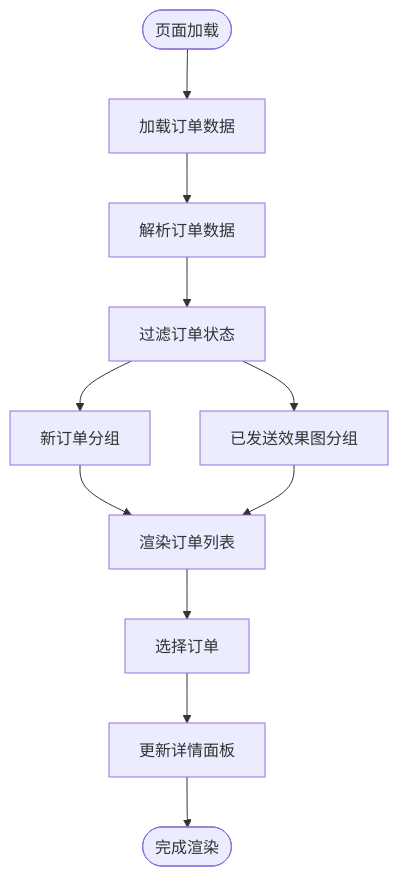
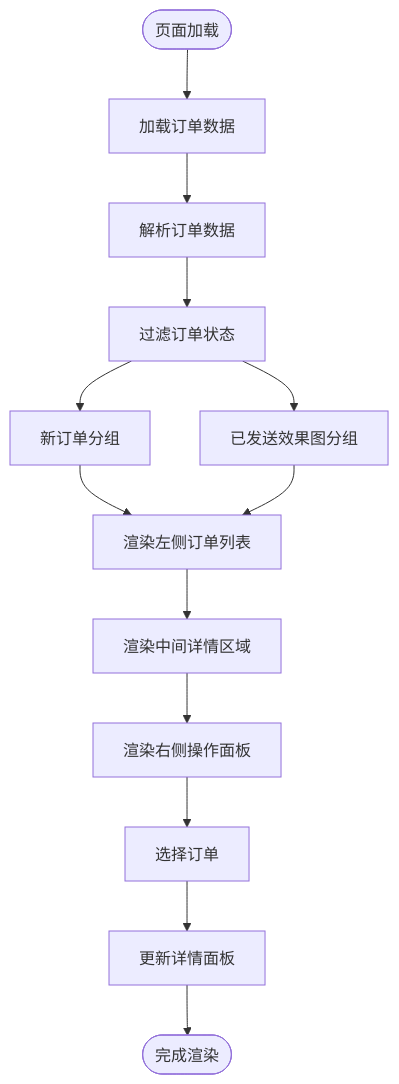
Before and after one commit to SY6621/POD-Order-Management: the fifth of 18 diagrams in .qoder/repowiki/zh/content/开发指南/客服外链左侧栏模板.md, drawn with Mermaid. The commit also changed other lines of this file and 7 other files, not shown here.

````diff
--- a/.qoder/repowiki/zh/content/开发指南/客服外链左侧栏模板.md
+++ b/.qoder/repowiki/zh/content/开发指南/客服外链左侧栏模板.md
@@ -194,13 +197,15 @@
 ```mermaid
 flowchart TD
 Start([页面加载]) --> LoadData[加载订单数据]
 LoadData --> ParseData[解析订单数据]
 ParseData --> FilterOrders[过滤订单状态]
 FilterOrders --> NewOrders[新订单分组]
 FilterOrders --> SentOrders[已发送效果图分组]
-NewOrders --> RenderList[渲染订单列表]
-SentOrders --> RenderList
-RenderList --> SelectOrder[选择订单]
+NewOrders --> RenderLeftPanel[渲染左侧订单列表]
+SentOrders --> RenderLeftPanel
+RenderLeftPanel --> RenderMiddlePanel[渲染中间详情区域]
+RenderMiddlePanel --> RenderRightPanel[渲染右侧操作面板]
+RenderRightPanel --> SelectOrder[选择订单]
 SelectOrder --> UpdateDetail[更新详情面板]
 UpdateDetail --> End([完成渲染])
 ```
````
